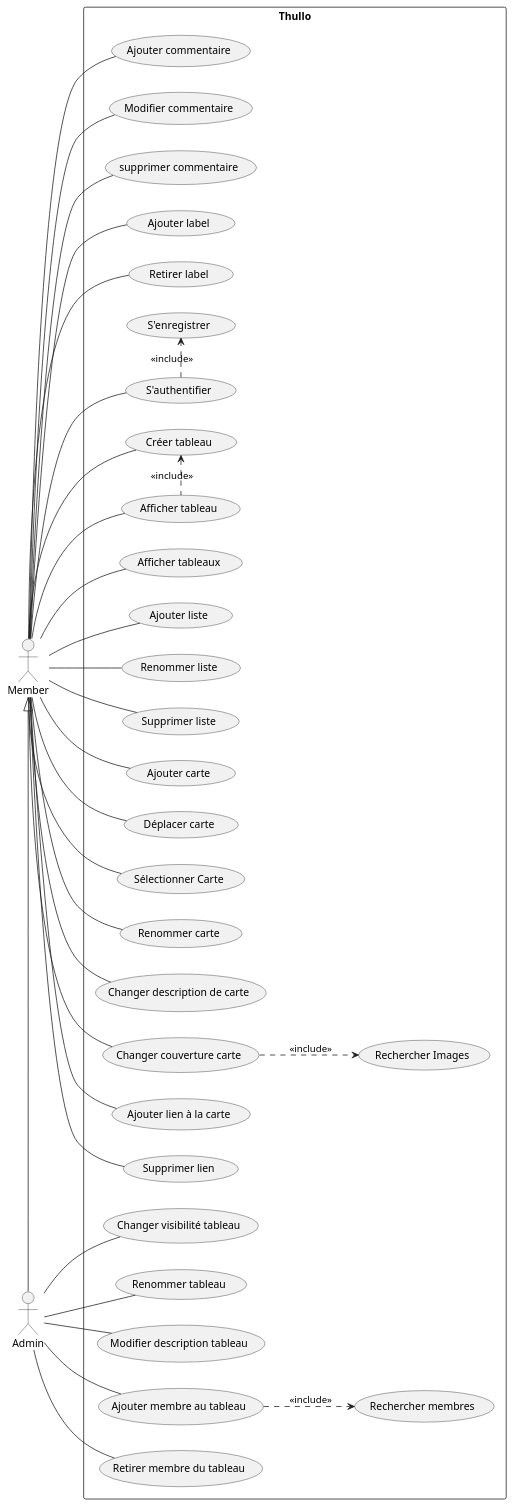
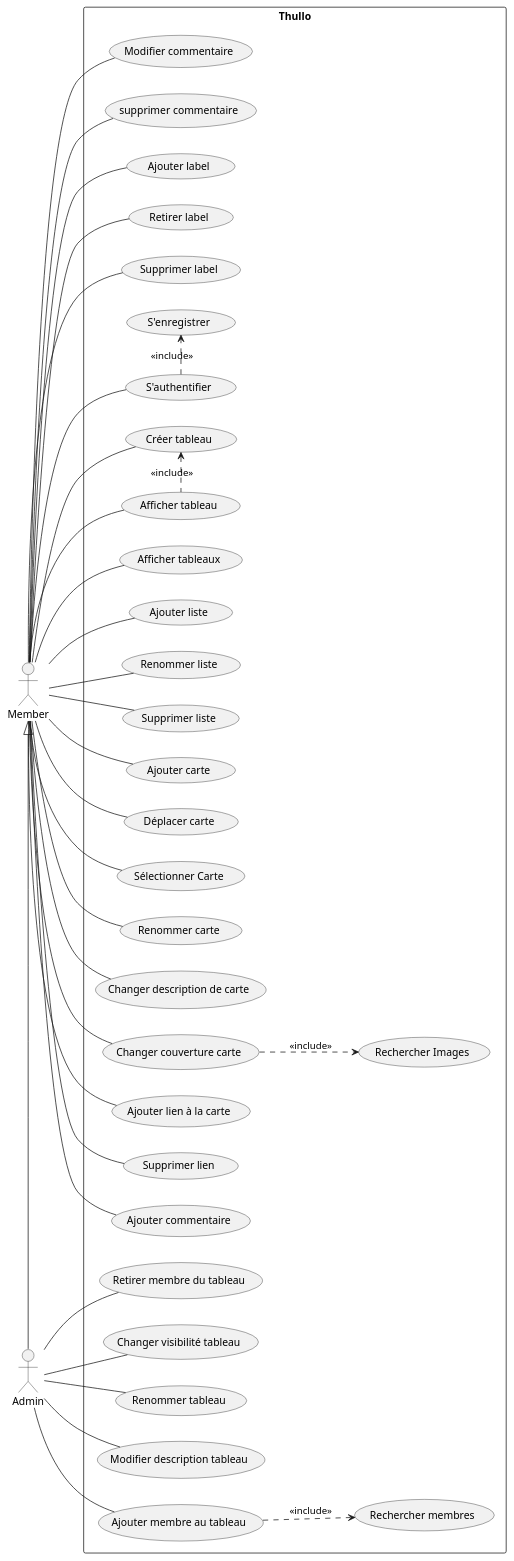
Before and after one commit to Fredkiss3/thullo: the diagram in packages/domain/uml/usecases.puml, drawn with PlantUML.

Commit message:
refactor(domain): add missing usecases in uml diagram

```diff
--- a/packages/domain/uml/usecases.puml
+++ b/packages/domain/uml/usecases.puml
@@ -1,80 +1,82 @@
 @startuml
 'https://plantuml.com/use-case-diagram
 :Member: as member
 :Admin: as admin
 
 left to right direction
 
 rectangle Thullo {
     (S'enregistrer) as (register)
     (S'authentifier) as (auth)
 
     (Afficher tableaux) as (seeAllBoards)
     (Créer tableau) as (addBoard)
     (Afficher tableau) as (seeBoard)
     (Changer visibilité tableau) as (setBoardVisibility)
     (Renommer tableau) as (renameBoard)
     (Modifier description tableau) as (updateBoardDescription)
 
     (Rechercher membres) as (searchMembers)
     (Ajouter membre au tableau) as (inviteMemberToBoard)
     (Retirer membre du tableau) as (removeMemberFromBoard)
 '    (Promouvoir en tant qu'admin) as (GrantAdminRole)
 '    (Retirer le role d'admin) as (RemoveAdminRole)
     
     (Ajouter liste) as (addList)
     (Renommer liste) as (renameList)
     (Supprimer liste) as (deleteList)
 
     (Ajouter carte) as (addCard)
     (Déplacer carte) as (moveCard)
     (Sélectionner Carte) as (seeCardDetails)
     (Renommer carte) as (renameCard)
     (Changer description de carte) as (updateCardDescription)
     (Changer couverture carte) as (updateCardCover)
     (Ajouter lien à la carte) as (addAttachement)
     (Supprimer lien) as (deleteAttachement)
     (Ajouter commentaire) as (addComment)
     (Modifier commentaire) as (updateComment)
     (supprimer commentaire) as (deleteComment)
     (Rechercher Images) as (searchImages)
     (Ajouter label) as (addLabelToCard)
     (Retirer label) as (removeLabelFromCard)
+    (Supprimer label) as (deleteLabelFromBoard)
 
     (register) <.left. (auth) : << include >>
     (seeBoard) .left.> (addBoard): << include >>
     (inviteMemberToBoard) ..> (searchMembers) : << include >>
 
     member -- (auth)
     member -- (seeAllBoards)
     member -- (seeBoard)
     member -- (addBoard)
     member -- (addList)
     member -- (renameList)
     member -- (deleteList)
     member -- (addCard)
     member -- (moveCard)
     member -- (renameCard)
     member -- (seeCardDetails)
     member -- (addComment)
     member -- (updateComment)
     member -- (deleteComment)
     member -- (addLabelToCard)
+    member -- (deleteLabelFromBoard)
     member -- (removeLabelFromCard)
     member -- (updateCardDescription)
     member -- (updateCardCover)
     (updateCardCover) ..> (searchImages) : << include >>
     member -- (addAttachement)
     member -- (deleteAttachement)
 
     admin -- (removeMemberFromBoard)
 '    admin -- (RemoveAdminRole)
 '    (RemoveAdminRole) ..> (GrantAdminRole): << include >>
     admin -- (renameBoard)
     admin -- (updateBoardDescription)
     admin -- (inviteMemberToBoard)
     admin -- (setBoardVisibility)
 
     member <|-right- admin
  }
 @enduml
```
